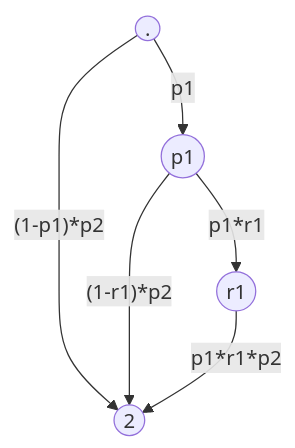
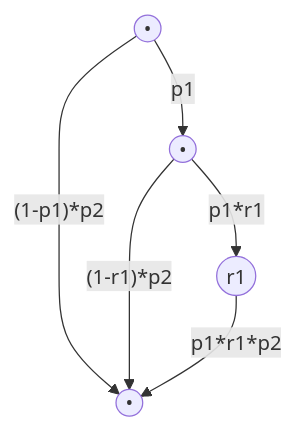
Before and after one commit to bfeitknecht/vault: the second of 2 diagrams in vault/sem2/AuW/UE/cx/bf/cx07-bf.md, drawn with Mermaid.

Commit message:
vault backup: 2024-05-03 17:15:15 from MacBook Pro (echo)
Affected files:
vault/sem2/AuW/UE/cx/bf/cx07-bf.md

````diff
--- a/vault/sem2/AuW/UE/cx/bf/cx07-bf.md
+++ b/vault/sem2/AuW/UE/cx/bf/cx07-bf.md
@@ -31,12 +31,12 @@
 ```mermaid
 flowchart TD
 
-id1((.))-->|"(1-p1)*p2"|id2((2))
-id1-->|"p1"|id3((p1))
+id1((•))-->|"(1-p1)*p2"|id2((•))
+id1-->|"p1"|id3((•))
 id3-->|"p1*r1"|id4((r1))
 id3-->|"(1-r1)*p2"|id2
 id4-->|"p1*r1*p2"|id2
 
 
 
 ```
````
